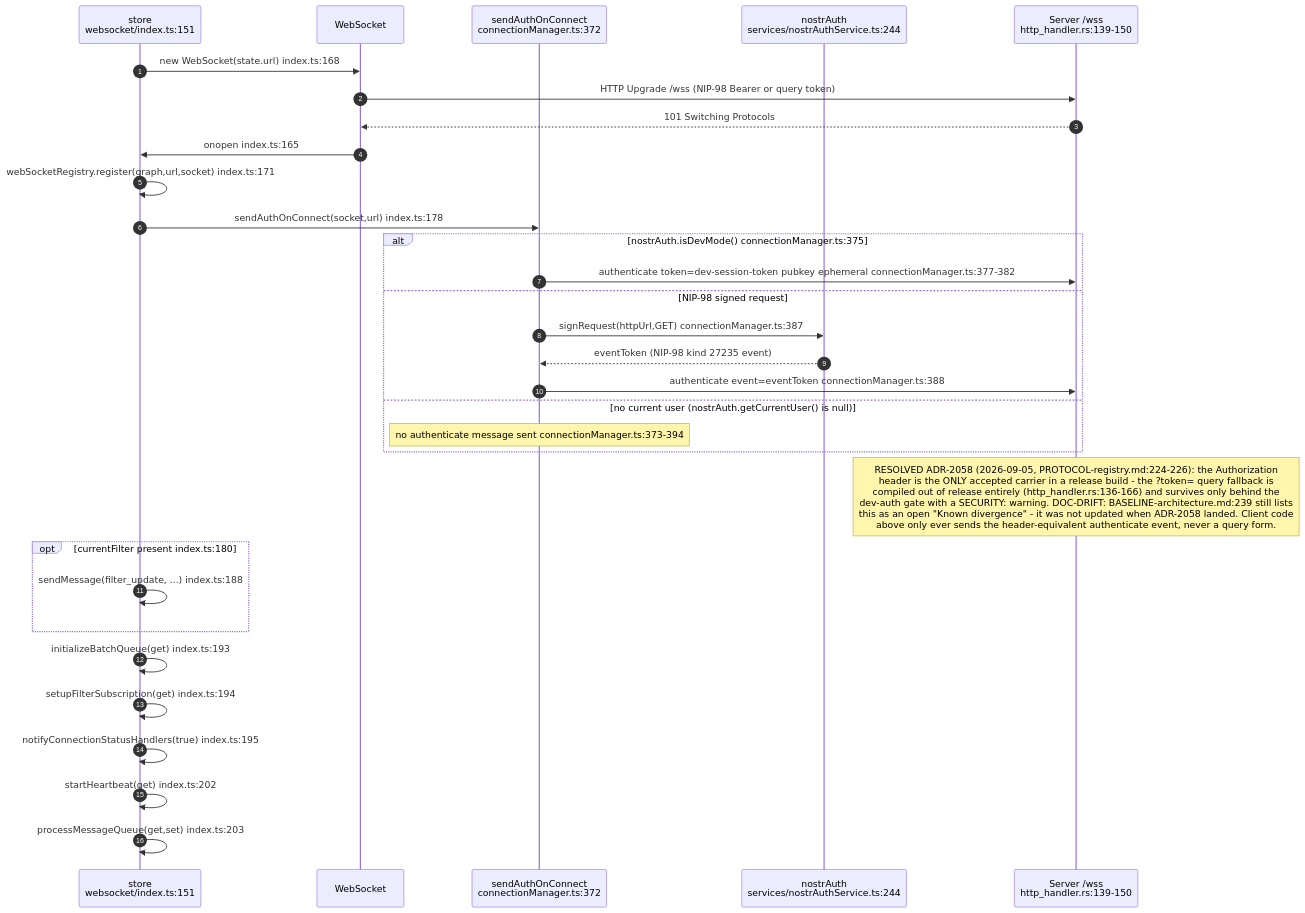
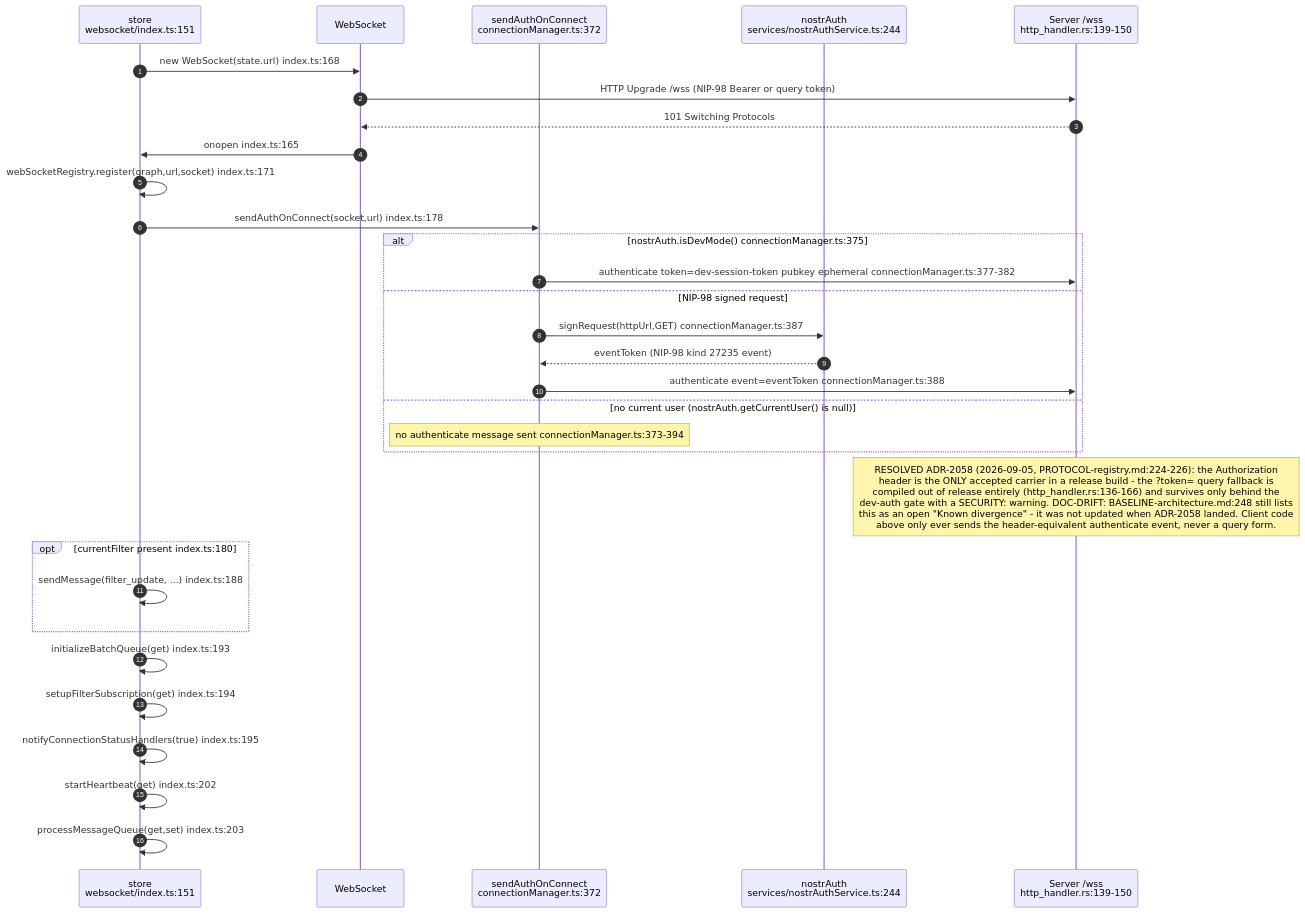
Before and after one commit to DreamLab-AI/VisionFlow: the first of 13 diagrams in docs/diagrams/visionclaw/32-client-websocket-and-binary.md, drawn with Mermaid. The commit also changed other lines of this file and 111 other files, not shown here.

Commit message:
docs(diagrams): align estate maps with current source

````diff
--- a/docs/diagrams/visionclaw/32-client-websocket-and-binary.md
+++ b/docs/diagrams/visionclaw/32-client-websocket-and-binary.md
@@ -43,34 +43,34 @@
 ```mermaid
 sequenceDiagram
     autonumber
     participant C as store<br/>websocket/index.ts:151
     participant WS as WebSocket
     participant AH as sendAuthOnConnect<br/>connectionManager.ts:372
     participant NA as nostrAuth<br/>services/nostrAuthService.ts:244
     participant S as Server /wss<br/>http_handler.rs:139-150
 
     C->>WS: new WebSocket(state.url) index.ts:168
     WS->>S: HTTP Upgrade /wss (NIP-98 Bearer or query token)
     S-->>WS: 101 Switching Protocols
     WS->>C: onopen index.ts:165
     C->>C: webSocketRegistry.register(graph,url,socket) index.ts:171
     C->>AH: sendAuthOnConnect(socket,url) index.ts:178
     alt nostrAuth.isDevMode() connectionManager.ts:375
         AH->>S: authenticate token=dev-session-token pubkey ephemeral connectionManager.ts:377-382
     else NIP-98 signed request
         AH->>NA: signRequest(httpUrl,GET) connectionManager.ts:387
         NA-->>AH: eventToken (NIP-98 kind 27235 event)
         AH->>S: authenticate event=eventToken connectionManager.ts:388
     else no current user (nostrAuth.getCurrentUser() is null)
         Note over AH: no authenticate message sent connectionManager.ts:373-394
     end
-    Note over S: RESOLVED ADR-2058 (2026-09-05, PROTOCOL-registry.md:224-226): the Authorization<br/>header is the ONLY accepted carrier in a release build - the ?token= query fallback is<br/>compiled out of release entirely (http_handler.rs:136-166) and survives only behind the<br/>dev-auth gate with a SECURITY: warning. DOC-DRIFT: BASELINE-architecture.md:239 still lists<br/>this as an open "Known divergence" - it was not updated when ADR-2058 landed. Client code<br/>above only ever sends the header-equivalent authenticate event, never a query form.
+    Note over S: RESOLVED ADR-2058 (2026-09-05, PROTOCOL-registry.md:224-226): the Authorization<br/>header is the ONLY accepted carrier in a release build - the ?token= query fallback is<br/>compiled out of release entirely (http_handler.rs:136-166) and survives only behind the<br/>dev-auth gate with a SECURITY: warning. DOC-DRIFT: BASELINE-architecture.md:248 still lists<br/>this as an open "Known divergence" - it was not updated when ADR-2058 landed. Client code<br/>above only ever sends the header-equivalent authenticate event, never a query form.
     opt currentFilter present index.ts:180
         C->>C: sendMessage(filter_update, ...) index.ts:188
     end
     C->>C: initializeBatchQueue(get) index.ts:193
     C->>C: setupFilterSubscription(get) index.ts:194
     C->>C: notifyConnectionStatusHandlers(true) index.ts:195
     C->>C: startHeartbeat(get) index.ts:202
     C->>C: processMessageQueue(get,set) index.ts:203
 ```
````
